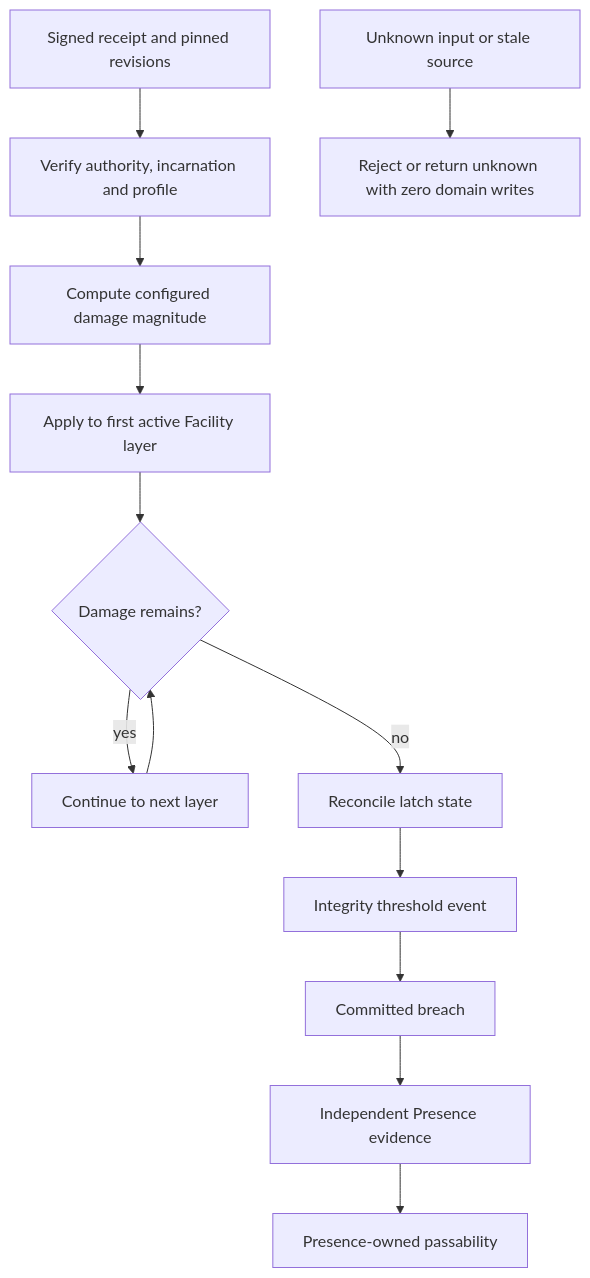
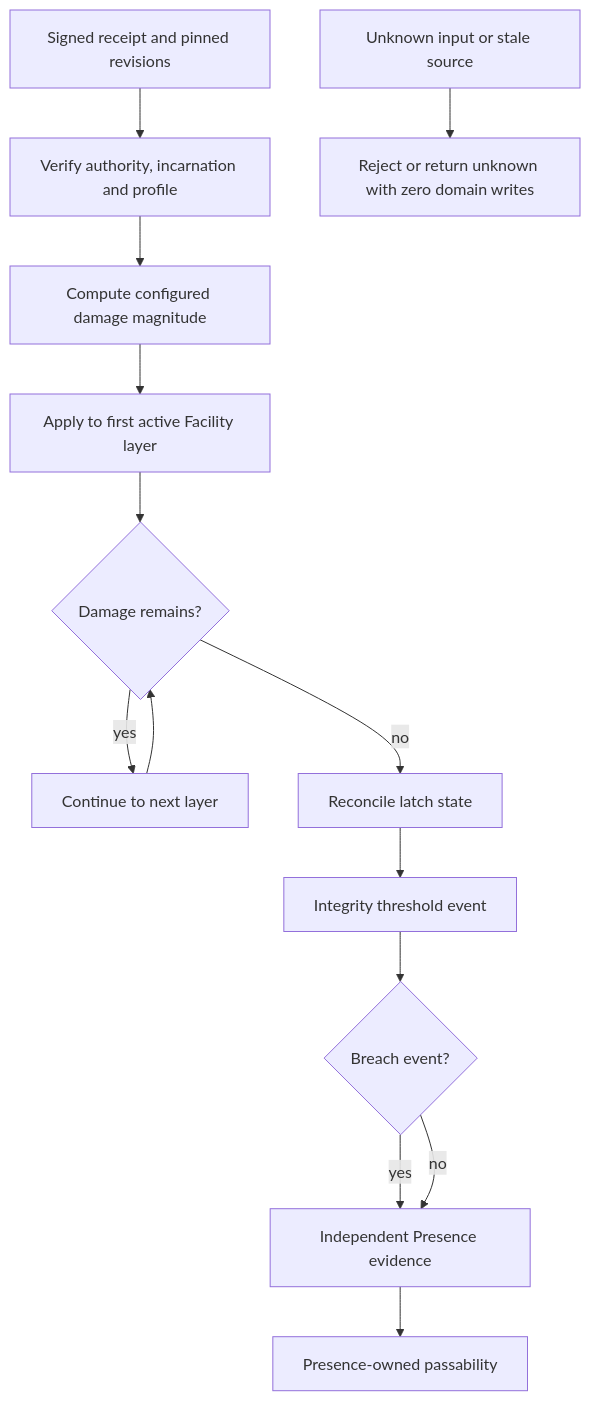
Before and after one commit to Dancing-coin/Paralls-phase0-1: the third of 3 diagrams in docs/superpowers/specs/2026-11-24-m6-5-impact-gate-layered-execution-design.md, drawn with Mermaid. The commit also changed other lines of this file and 15 other files, not shown here.

````diff
--- a/docs/superpowers/specs/2026-11-24-m6-5-impact-gate-layered-execution-design.md
+++ b/docs/superpowers/specs/2026-11-24-m6-5-impact-gate-layered-execution-design.md
@@ -78,15 +79,16 @@
 ```mermaid
 flowchart TD
   R[Signed receipt and pinned revisions] --> V[Verify authority, incarnation and profile]
   V --> D[Compute configured damage magnitude]
   D --> L1[Apply to first active Facility layer]
   L1 --> L2{Damage remains?}
   L2 -->|yes| L3[Continue to next layer]
   L2 -->|no| C[Reconcile latch state]
   L3 --> L2
   C --> I[Integrity threshold event]
-  I --> B[Committed breach]
-  B --> A[Independent Presence evidence]
+  I --> B{Breach event?}
+  B -->|yes| A[Independent Presence evidence]
+  B -->|no| A
   A --> P[Presence-owned passability]
   U[Unknown input or stale source] --> Z[Reject or return unknown with zero domain writes]
 ```
````
